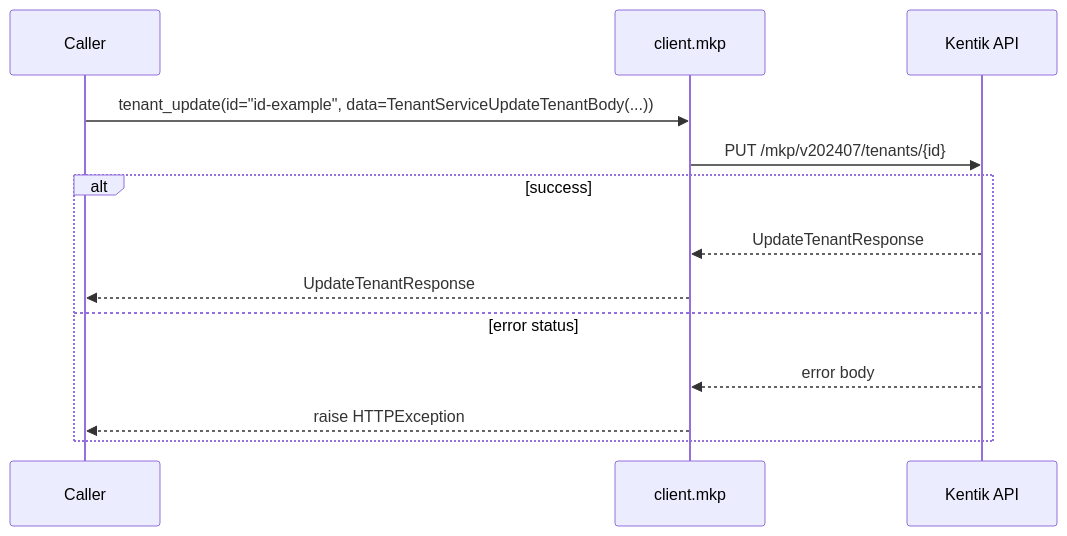
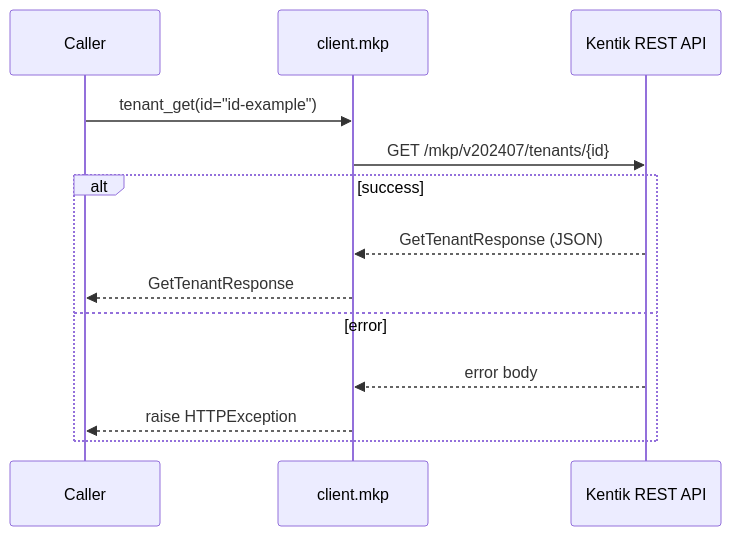
One commit to alexdearaujo/community_sdk_python changed diagram 16 of 30 in docs/sphinx/services/mkp.md. Above: the diagram before and after it, drawn with Mermaid. The commit also changed other lines of this file and 61 other files, not shown here.

````diff
--- a/docs/sphinx/services/mkp.md
+++ b/docs/sphinx/services/mkp.md
@@ -421,16 +548,16 @@
 ```mermaid
 sequenceDiagram
     participant C as Caller
     participant W as client.mkp
-    participant API as Kentik API
+    participant API as Kentik REST API
 
-    C->>W: tenant_update(id="id-example", data=TenantServiceUpdateTenantBody(...))
-    W->>API: PUT /mkp/v202407/tenants/{id}
+    C->>W: tenant_get(id="id-example")
+    W->>API: GET /mkp/v202407/tenants/{id}
     alt success
-        API-->>W: UpdateTenantResponse
-        W-->>C: UpdateTenantResponse
-    else error status
+        API-->>W: GetTenantResponse (JSON)
+        W-->>C: GetTenantResponse
+    else error
         API-->>W: error body
         W-->>C: raise HTTPException
     end
 ```
````
